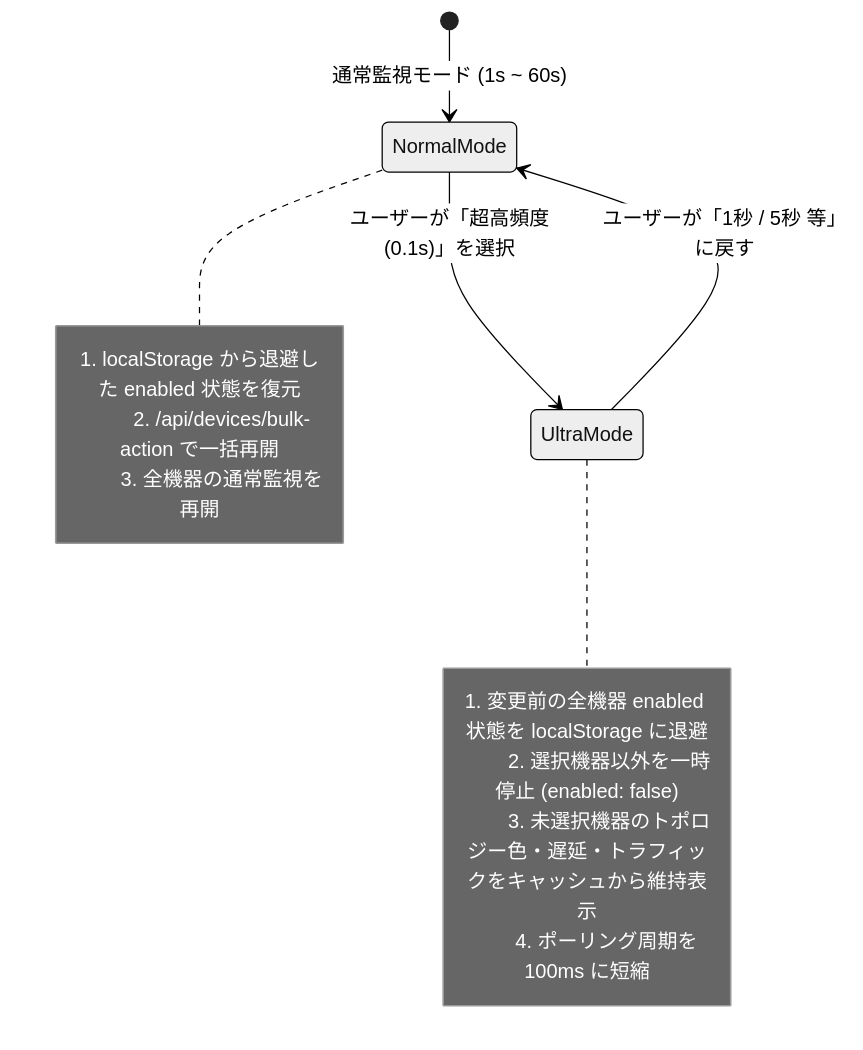
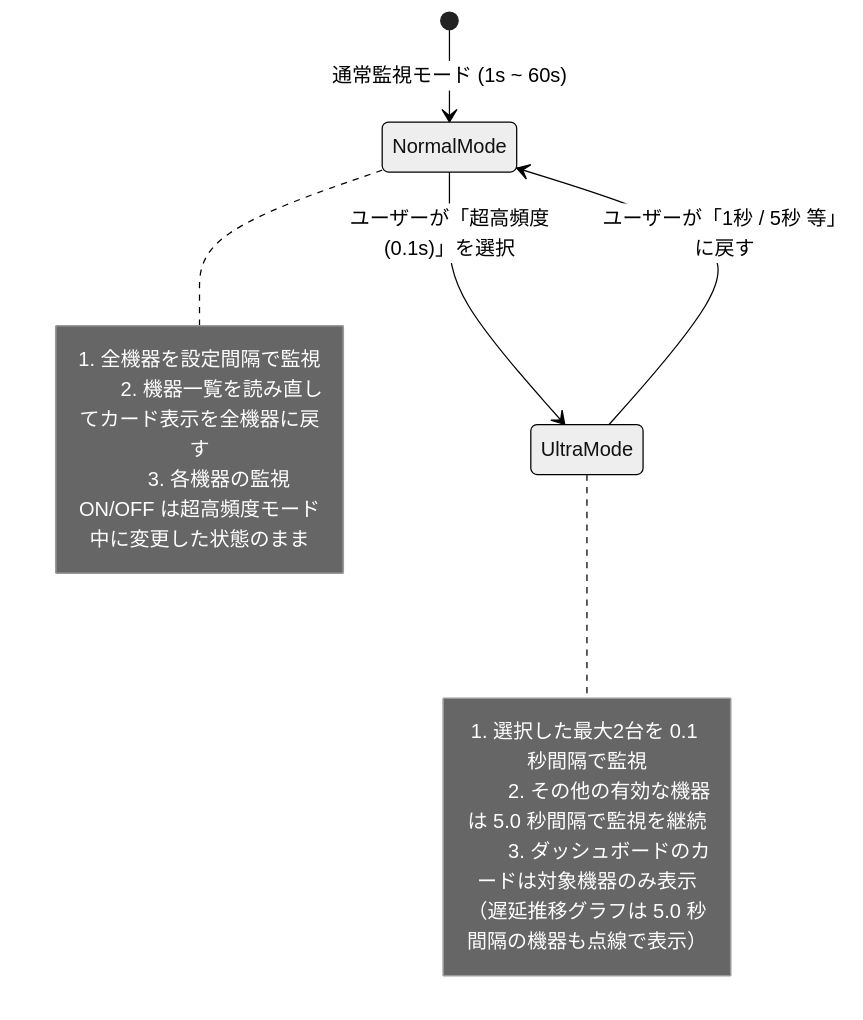
One commit to Shuntaro1996/network-device-monitor changed the eighth of 10 diagrams in system/SPECIFICATION.md. Above: the diagram before and after it, drawn with Mermaid (neutral theme). The commit also changed other lines of this file and 17 other files, not shown here.

````diff
--- a/system/SPECIFICATION.md
+++ b/system/SPECIFICATION.md
@@ -783,19 +784,18 @@
 ```mermaid
 stateDiagram-v2
     [*] --> NormalMode: 通常監視モード (1s ~ 60s)
     
     NormalMode --> UltraMode: ユーザーが「超高頻度(0.1s)」を選択
     note right of UltraMode
-        1. 変更前の全機器 enabled 状態を localStorage に退避
-        2. 選択機器以外を一時停止 (enabled: false)
-        3. 未選択機器のトポロジー色・遅延・トラフィックをキャッシュから維持表示
-        4. ポーリング周期を 100ms に短縮
+        1. 選択した最大2台を 0.1 秒間隔で監視
+        2. その他の有効な機器は 5.0 秒間隔で監視を継続
+        3. ダッシュボードのカードは対象機器のみ表示（遅延推移グラフは 5.0 秒間隔の機器も点線で表示）
     end note
 
     UltraMode --> NormalMode: ユーザーが「1秒 / 5秒 等」に戻す
     note right of NormalMode
-        1. localStorage から退避した enabled 状態を復元
-        2. /api/devices/bulk-action で一括再開
-        3. 全機器の通常監視を再開
+        1. 全機器を設定間隔で監視
+        2. 機器一覧を読み直してカード表示を全機器に戻す
+        3. 各機器の監視 ON/OFF は超高頻度モード中に変更した状態のまま
     end note
 ```
````
